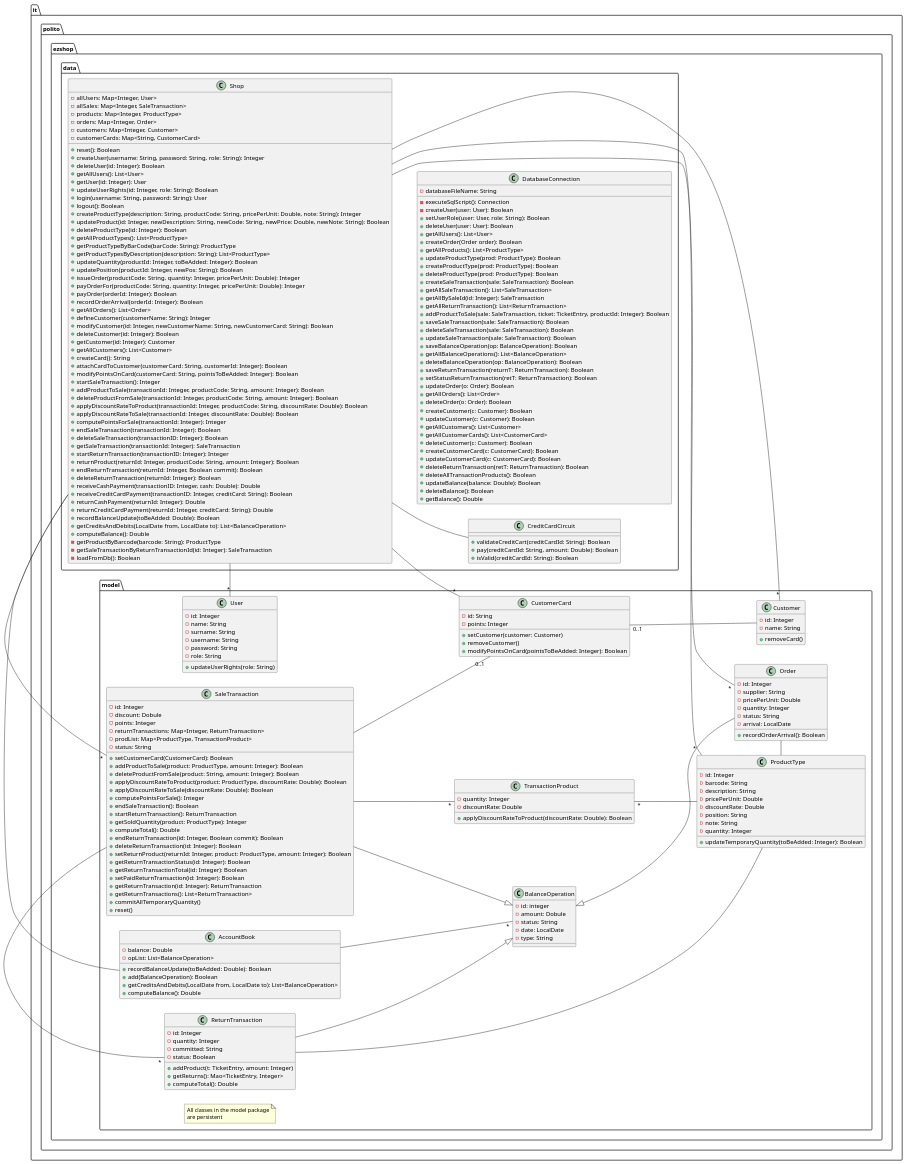
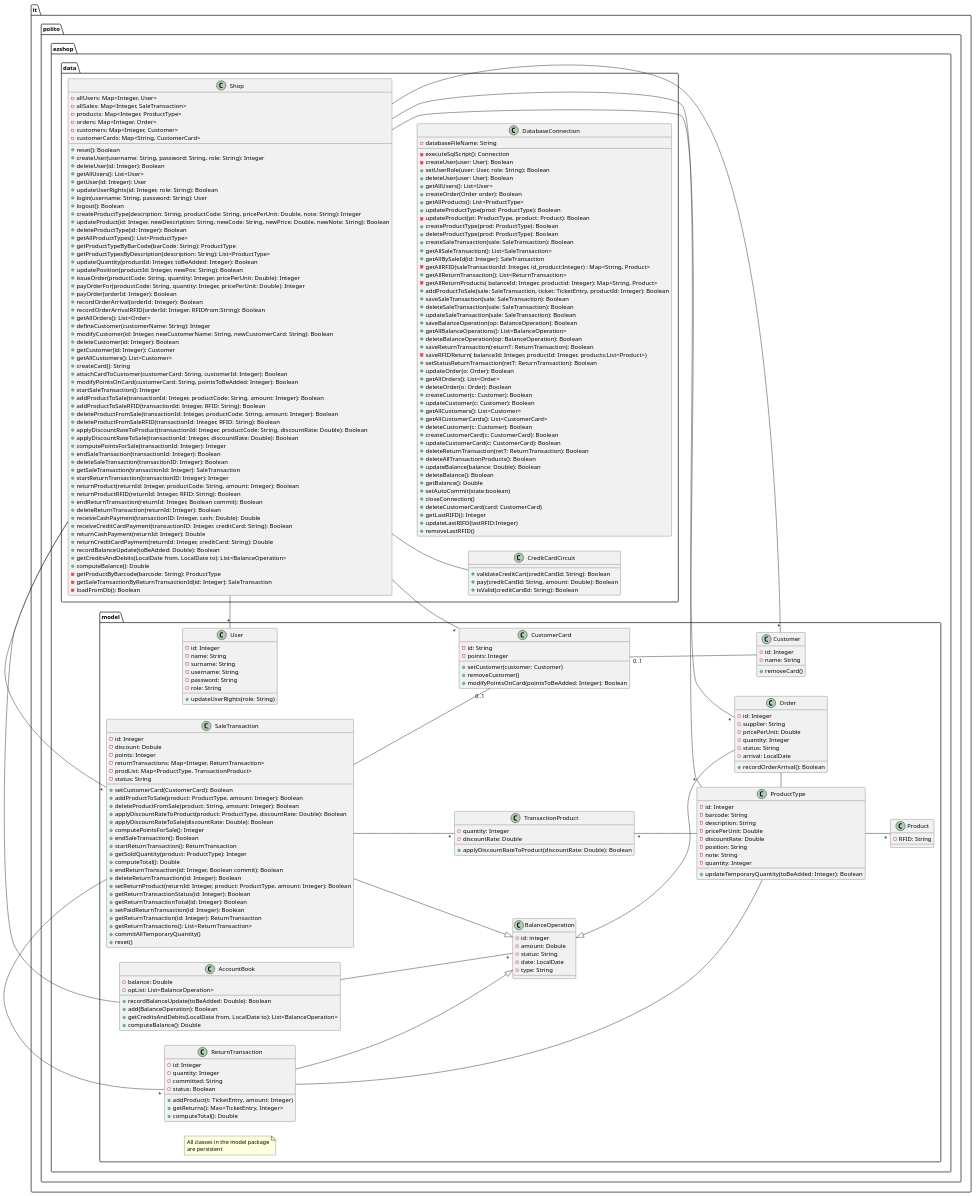
The second of 13 diagrams in Deliverables/DesignDocument.md (MatteoBattilana/EzShop), drawn with PlantUML before and after one commit.

Commit message:
docs:modified design plantuml

````diff
--- a/Deliverables/DesignDocument.md
+++ b/Deliverables/DesignDocument.md
@@ -65,6 +65,7 @@
 ```plantuml
 
-  left to right direction
+ 
+left to right direction
 package it.polito.ezshop.data {
 
     class DatabaseConnection {
@@ -77,12 +78,15 @@
       + createOrder(Order order): Boolean
       + getAllProducts(): List<ProductType>
       + updateProductType(prod: ProductType): Boolean
+     - updateProduct(pt: ProductType, product: Product): Boolean
       + createProductType(prod: ProductType): Boolean
       + deleteProductType(prod: ProductType): Boolean
       + createSaleTransaction(sale: SaleTransaction): Boolean
       + getAllSaleTransaction(): List<SaleTransaction>
       + getAllBySaleId(id: Integer): SaleTransaction
+      - getAllRFID(saleTransactionId: Integer, id_product:Integer) : Map<String, Product>
       + getAllReturnTransaction(): List<ReturnTransaction>
+      -getAllReturnProducts( balanceId: Integer, productid: Integer): Map<String, Product> 
       + addProductToSale(sale: SaleTransaction, ticket: TicketEntry, productId: Integer): Boolean
       + saveSaleTransaction(sale: SaleTransaction): Boolean
       + deleteSaleTransaction(sale: SaleTransaction): Boolean
@@ -91,6 +95,7 @@
       + getAllBalanceOperations(): List<BalanceOperation>
       + deleteBalanceOperation(op: BalanceOperation): Boolean
       + saveReturnTransaction(returnT: ReturnTransaction): Boolean
+      - saveRFIDReturn( balanceId: Integer, productId: Integer, products:List<Product>)
       + setStatusReturnTransaction(retT: ReturnTransaction): Boolean
       + updateOrder(o: Order): Boolean
       + getAllOrders(): List<Order>
@@ -107,6 +112,13 @@
       + updateBalance(balance: Double): Boolean
       + deleteBalance(): Boolean
       + getBalance(): Double
+      + setAutoCommit(state:boolean)
+      + closeConnection()
+      + deleteCustomerCard(card: CustomerCard)
+      + getLastRIFD(): Integer
+      + updateLastRIFD(lastRFID:Integer)
+      + removeLastRFID()
+
     }
   class CreditCardCircuit {
     + validateCreditCart(creditCardId: String): Boolean
@@ -133,13 +145,14 @@
 + deleteProductType(id: Integer): Boolean
 + getAllProductTypes(): List<ProductType>
 + getProductTypeByBarCode(barCode: String): ProductType
-+ getProductTypesByDescription(description: String): List<ProductType>
++getProductTypesByDescription(description: String): List<ProductType>
 + updateQuantity(productId: Integer, toBeAdded: Integer): Boolean
 + updatePosition(productId: Integer, newPos: String): Boolean
 + issueOrder(productCode: String, quantity: Integer, pricePerUnit: Double): Integer
 + payOrderFor(productCode: String, quantity: Integer, pricePerUnit: Double): Integer
 + payOrder(orderId: Integer): Boolean
 + recordOrderArrival(orderId: Integer): Boolean
++ recordOrderArrivalRFID(orderId: Integer,  RFIDfrom:String): Boolean
 + getAllOrders(): List<Order>
 + defineCustomer(customerName: String): Integer
 + modifyCustomer(id: Integer, newCustomerName: String, newCustomerCard: String): Boolean
@@ -151,8 +164,10 @@
 + modifyPointsOnCard(customerCard: String, pointsToBeAdded: Integer): Boolean
 + startSaleTransaction(): Integer
 + addProductToSale(transactionId: Integer, productCode: String, amount: Integer): Boolean
++ addProductToSaleRFID(transactionId: Integer, RFID: String): Boolean
 + deleteProductFromSale(transactionId: Integer, productCode: String, amount: Integer): Boolean
-+ applyDiscountRateToProduct(transactionId: Integer, productCode: String, discountRate: Double): Boolean
++ deleteProductFromSaleRFID(transactionId: Integer, RFID: String): Boolean
++applyDiscountRateToProduct(transactionId: Integer, productCode: String, discountRate: Double): Boolean
 + applyDiscountRateToSale(transactionId: Integer, discountRate: Double): Boolean
 + computePointsForSale(transactionId: Integer): Integer
 + endSaleTransaction(transactionId: Integer): Boolean
@@ -160,6 +175,7 @@
 + getSaleTransaction(transactionId: Integer): SaleTransaction
 + startReturnTransaction(transactionID: Integer): Integer
 + returnProduct(returnId: Integer, productCode: String, amount: Integer): Boolean
++ returnProductRFID(returnId: Integer, RFID: String): Boolean
 + endReturnTransaction(returnId: Integer, Boolean commit): Boolean
 + deleteReturnTransaction(returnId: Integer): Boolean
 + receiveCashPayment(transactionID: Integer, cash: Double): Double
@@ -282,7 +298,10 @@
     + getCreditsAndDebits(LocalDate from, LocalDate to): List<BalanceOperation>
     + computeBalance(): Double
   }
-
+class Product {
+    - RFID: String
+   
+  }
 
   ReturnTransaction --|> BalanceOperation
   SaleTransaction --|> BalanceOperation
@@ -295,6 +314,7 @@
 TransactionProduct "*" -- ProductType
 CustomerCard "0..1"-- Customer
 SaleTransaction -- "0..1" CustomerCard
+ProductType--"*"Product 
 
 Order -right- ProductType
 ReturnTransaction -- ProductType
@@ -309,5 +329,4 @@
   Shop - AccountBook
 
 
-
 ```
````
